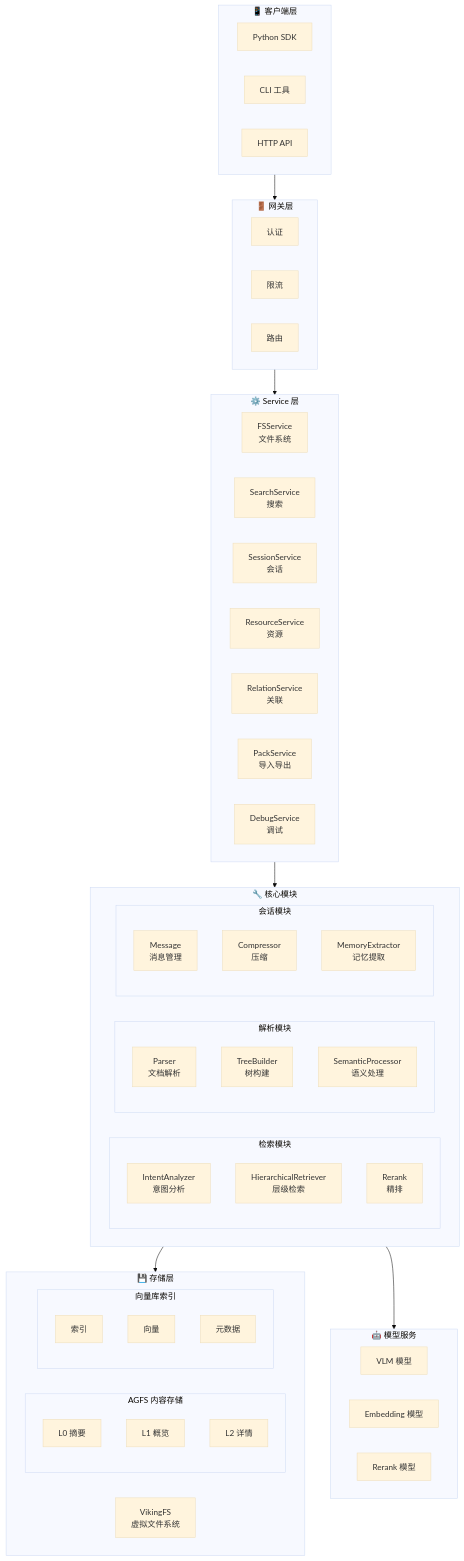
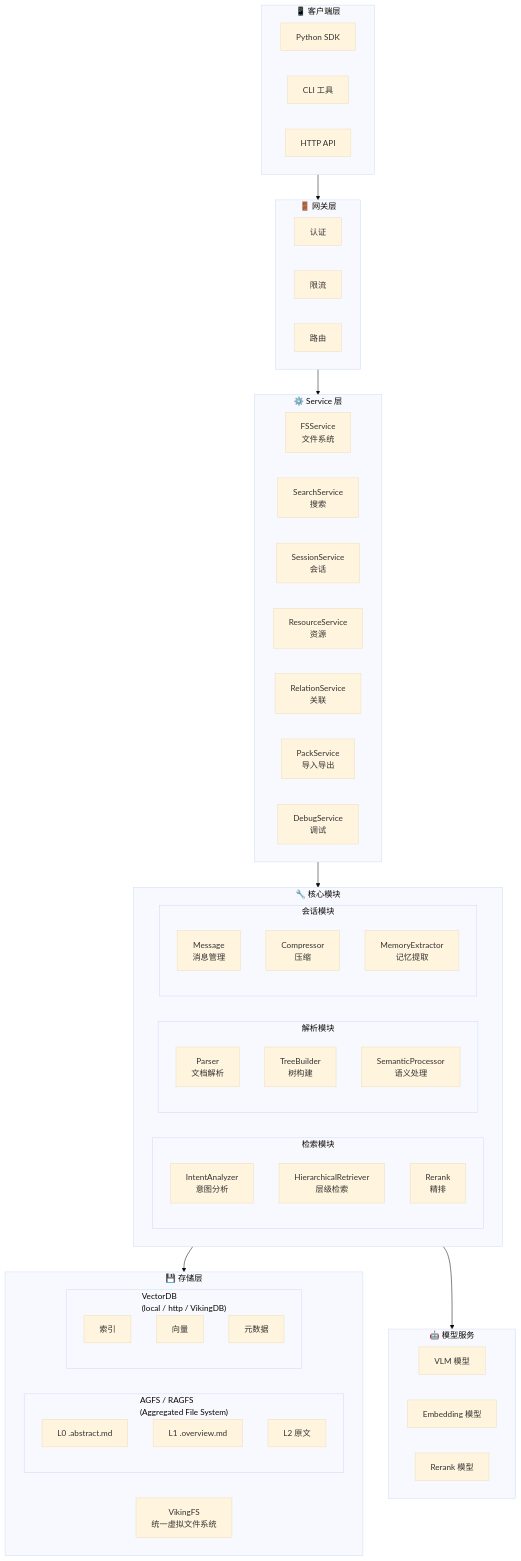
One commit to caicongyang/bloger changed the first of 11 diagrams in openviking/09-技术原理图解.md. Above: the diagram before and after it, drawn with Mermaid (base theme). The commit also changed other lines of this file and 10 other files, not shown here.

````diff
--- a/openviking/09-技术原理图解.md
+++ b/openviking/09-技术原理图解.md
@@ -19,72 +19,72 @@
 ```mermaid
 flowchart TB
     subgraph ClientLayer["📱 客户端层"]
         SDK[Python SDK]
         CLI[CLI 工具]
         HTTP[HTTP API]
     end
 
     subgraph Gateway["🚪 网关层"]
         Auth[认证]
         Rate[限流]
         Route[路由]
     end
 
     subgraph ServiceLayer["⚙️ Service 层"]
         FS[FSService<br/>文件系统]
         SS[SearchService<br/>搜索]
         SeS[SessionService<br/>会话]
         RS[ResourceService<br/>资源]
         ReS[RelationService<br/>关联]
         PS[PackService<br/>导入导出]
         DS[DebugService<br/>调试]
     end
 
     subgraph CoreLayer["🔧 核心模块"]
         subgraph Retrieve["检索模块"]
             IA[IntentAnalyzer<br/>意图分析]
             HR[HierarchicalRetriever<br/>层级检索]
             RR[Rerank<br/>精排]
         end
         
         subgraph Parse["解析模块"]
             Parser[Parser<br/>文档解析]
             TB[TreeBuilder<br/>树构建]
             SP[SemanticProcessor<br/>语义处理]
         end
         
         subgraph SessionModule["会话模块"]
             Msg[Message<br/>消息管理]
             Comp[Compressor<br/>压缩]
             ME[MemoryExtractor<br/>记忆提取]
         end
     end
 
     subgraph StorageLayer["💾 存储层"]
-        VFS[VikingFS<br/>虚拟文件系统]
-        
-        subgraph AGFS["AGFS 内容存储"]
-            L0[L0 摘要]
-            L1[L1 概览]
-            L2[L2 详情]
+        VFS[VikingFS<br/>统一虚拟文件系统]
+
+        subgraph AGFS["AGFS / RAGFS<br/>(Aggregated File System)"]
+            L0[L0 .abstract.md]
+            L1[L1 .overview.md]
+            L2[L2 原文]
         end
-        
-        subgraph VectorDB["向量库索引"]
+
+        subgraph VectorDB["VectorDB<br/>(local / http / VikingDB)"]
             Idx[索引]
             Vec[向量]
             Meta[元数据]
         end
     end
 
     subgraph ModelLayer["🤖 模型服务"]
         VLM[VLM 模型]
         Emb[Embedding 模型]
         Rerank[Rerank 模型]
     end
 
     ClientLayer --> Gateway
     Gateway --> ServiceLayer
     ServiceLayer --> CoreLayer
     CoreLayer --> StorageLayer
     CoreLayer --> ModelLayer
 ```
````
